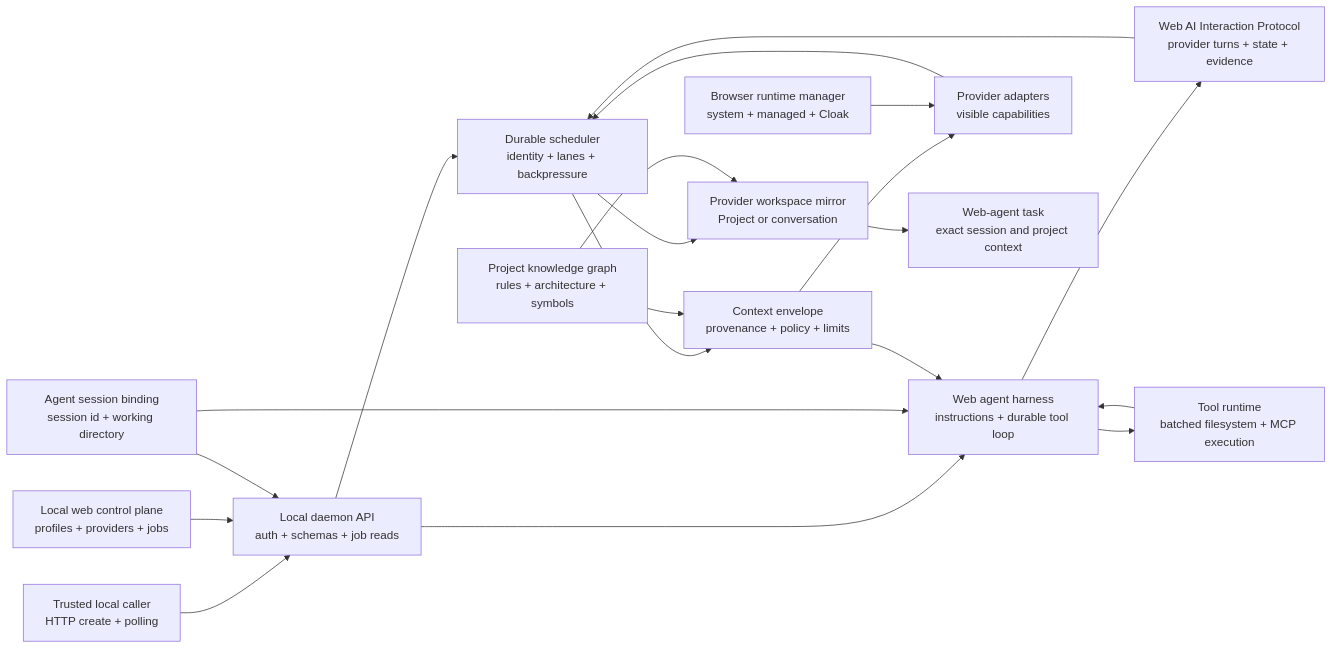
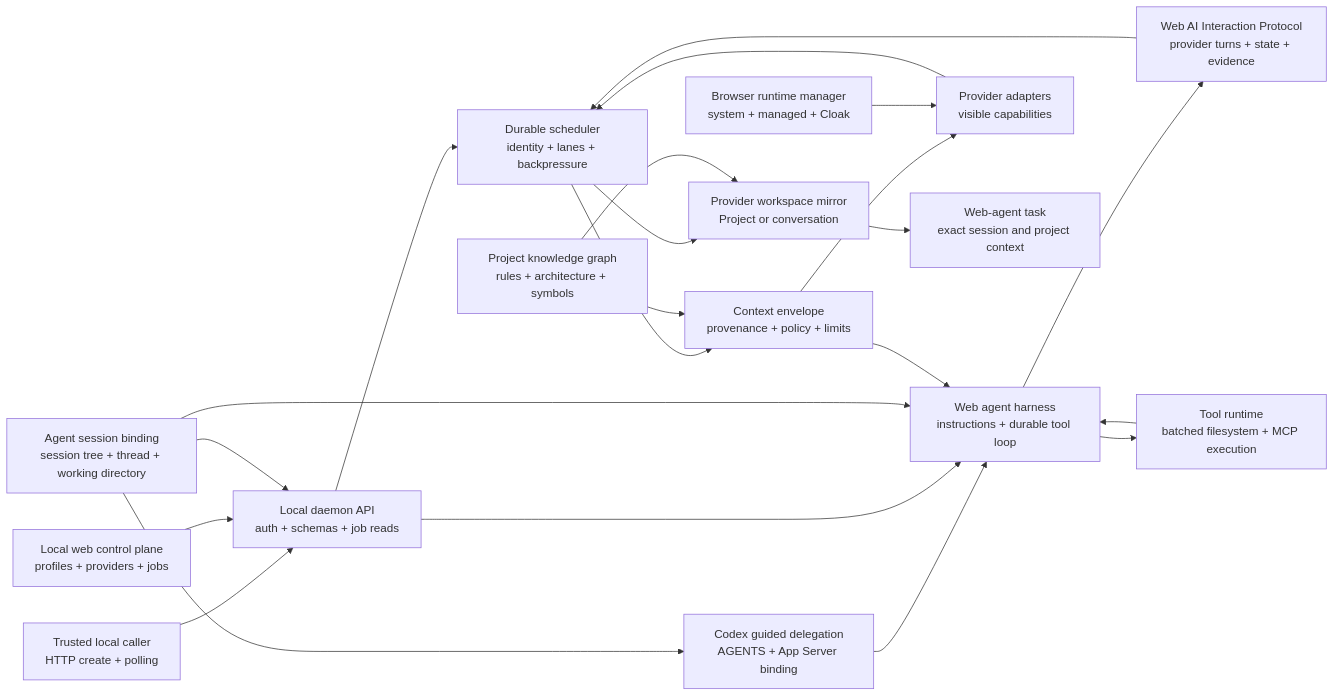
The diagram in docs/roadmaps/README.md (jazelly/tokenless), drawn with Mermaid before and after one commit. The commit also changed other lines of this file and 5 other files, not shown here.

Commit message:
chore(docs): remove Codex intercept mode roadmap

````diff
--- a/docs/roadmaps/README.md
+++ b/docs/roadmaps/README.md
@@ -62,37 +63,40 @@
 ```mermaid
 flowchart LR
   Caller["Trusted local caller<br/>HTTP create + polling"]
   UI["Local web control plane<br/>profiles + providers + jobs"]
   API["Local daemon API<br/>auth + schemas + job reads"]
-  Session["Agent session binding<br/>session id + working directory"]
+  Session["Agent session binding<br/>session tree + thread + working directory"]
+  Codex["Codex guided delegation<br/>AGENTS + App Server binding"]
   Scheduler["Durable scheduler<br/>identity + lanes + backpressure"]
   Context["Context envelope<br/>provenance + policy + limits"]
   Harness["Web agent harness<br/>instructions + durable tool loop"]
   Protocol["Web AI Interaction Protocol<br/>provider turns + state + evidence"]
   Tools["Tool runtime<br/>batched filesystem + MCP execution"]
   Graph["Project knowledge graph<br/>rules + architecture + symbols"]
   Browser["Browser runtime manager<br/>system + managed + Cloak"]
   Provider["Provider adapters<br/>visible capabilities"]
   Workspace["Provider workspace mirror<br/>Project or conversation"]
   Task["Web-agent task<br/>exact session and project context"]
 
   Caller --> API
   UI --> API
   Session --> API
+  Session --> Codex
+  Codex --> Harness
   API --> Scheduler
   Scheduler --> Context
   Graph --> Context
   API --> Harness
   Session --> Harness
   Context --> Harness
   Harness --> Protocol
   Protocol --> Scheduler
   Harness --> Tools
   Tools --> Harness
   Context --> Provider
   Browser --> Provider
   Provider --> Scheduler
   Scheduler --> Workspace
   Graph --> Workspace
   Workspace --> Task
 ```
````
